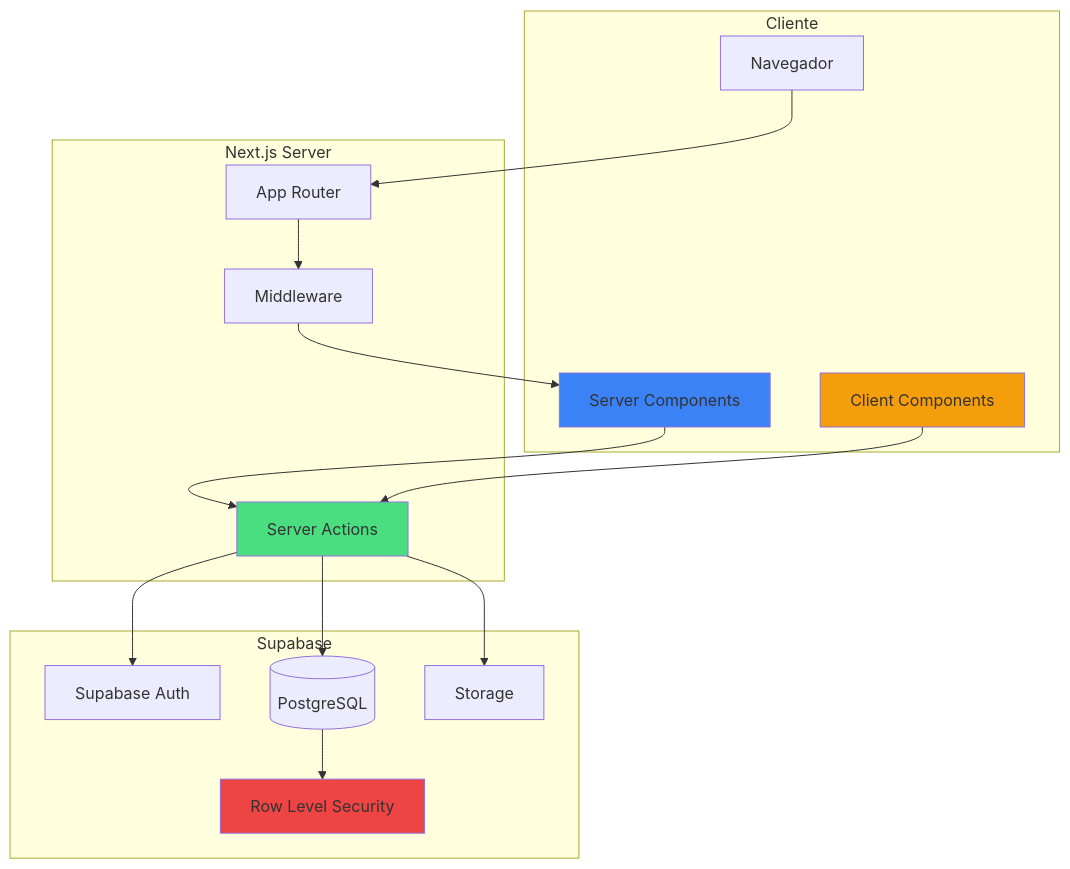
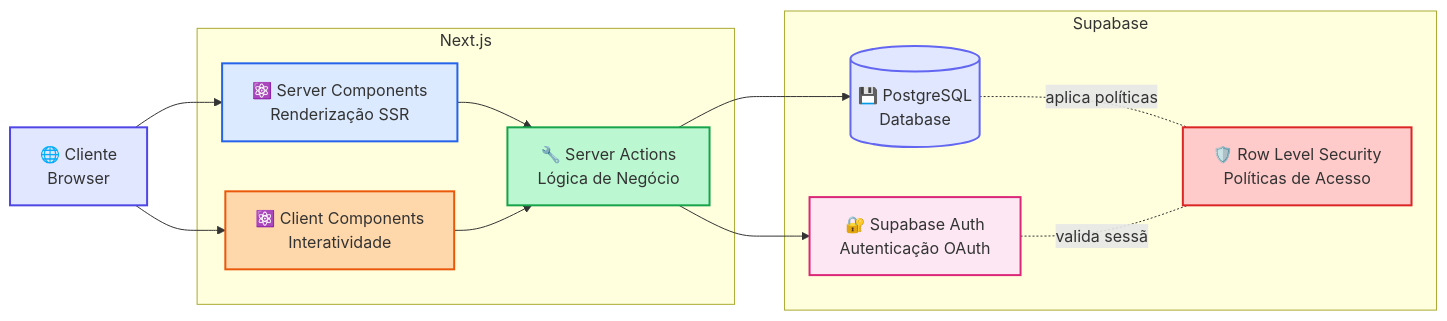
Before and after one commit to ilankriger-gmail/advocate-platform: the first of 3 diagrams in docs/ARCHITECTURE.md, drawn with Mermaid. The commit also changed other lines of this file, not shown here.

First line of the commit message:
auto-claude: 1.2 - Diagrama Mermaid mostrando visao de alto nivel: cl

````diff
--- a/docs/ARCHITECTURE.md
+++ b/docs/ARCHITECTURE.md
@@ -199,36 +201,33 @@
 ```mermaid
-graph TB
-    subgraph Cliente
-        Browser[Navegador]
-        SC[Server Components]
-        CC[Client Components]
-    end
+graph LR
+    Browser[🌐 Cliente<br/>Browser]
 
-    subgraph "Next.js Server"
-        Router[App Router]
-        MW[Middleware]
-        SA[Server Actions]
+    subgraph Next.js
+        SC[⚛️ Server Components<br/>Renderização SSR]
+        CC[⚛️ Client Components<br/>Interatividade]
+        SA[🔧 Server Actions<br/>Lógica de Negócio]
     end
 
     subgraph Supabase
-        Auth[Supabase Auth]
-        DB[(PostgreSQL)]
-        RLS[Row Level Security]
-        Storage[Storage]
+        Auth[🔐 Supabase Auth<br/>Autenticação OAuth]
+        DB[(💾 PostgreSQL<br/>Database)]
+        RLS[🛡️ Row Level Security<br/>Políticas de Acesso]
     end
 
-    Browser --> Router
-    Router --> MW
-    MW --> SC
+    Browser --> SC
+    Browser --> CC
     SC --> SA
     CC --> SA
     SA --> Auth
     SA --> DB
-    DB --> RLS
-    SA --> Storage
+    DB -.aplica políticas.- RLS
+    Auth -.valida sessão.- RLS
 
-    style SA fill:#4ade80
-    style RLS fill:#ef4444
-    style SC fill:#3b82f6
-    style CC fill:#f59e0b
+    style Browser fill:#e0e7ff,stroke:#4f46e5,stroke-width:2px
+    style SC fill:#dbeafe,stroke:#2563eb,stroke-width:2px
+    style CC fill:#fed7aa,stroke:#ea580c,stroke-width:2px
+    style SA fill:#bbf7d0,stroke:#16a34a,stroke-width:2px
+    style Auth fill:#fce7f3,stroke:#db2777,stroke-width:2px
+    style DB fill:#e0e7ff,stroke:#6366f1,stroke-width:2px
+    style RLS fill:#fecaca,stroke:#dc2626,stroke-width:2px
 ```
````
